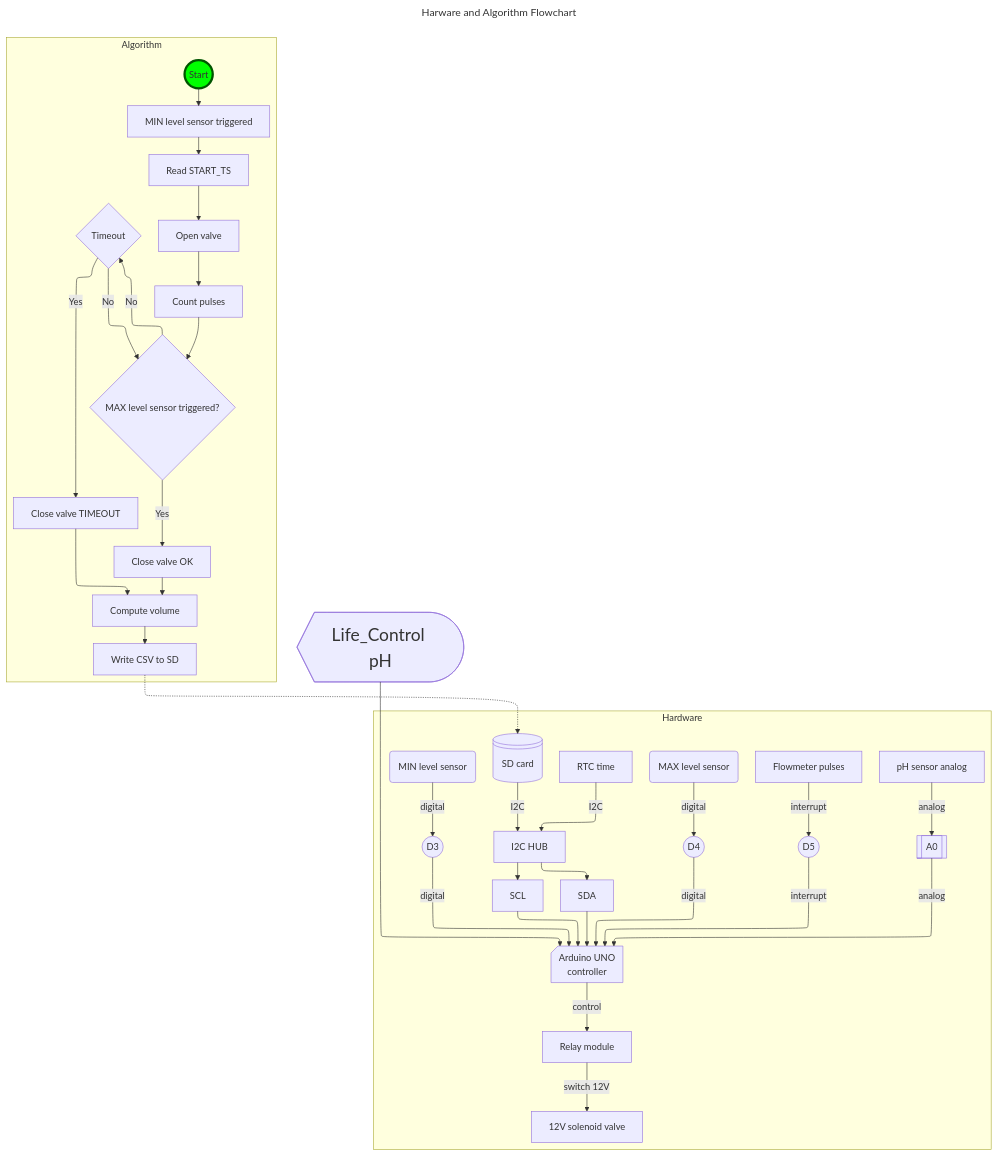
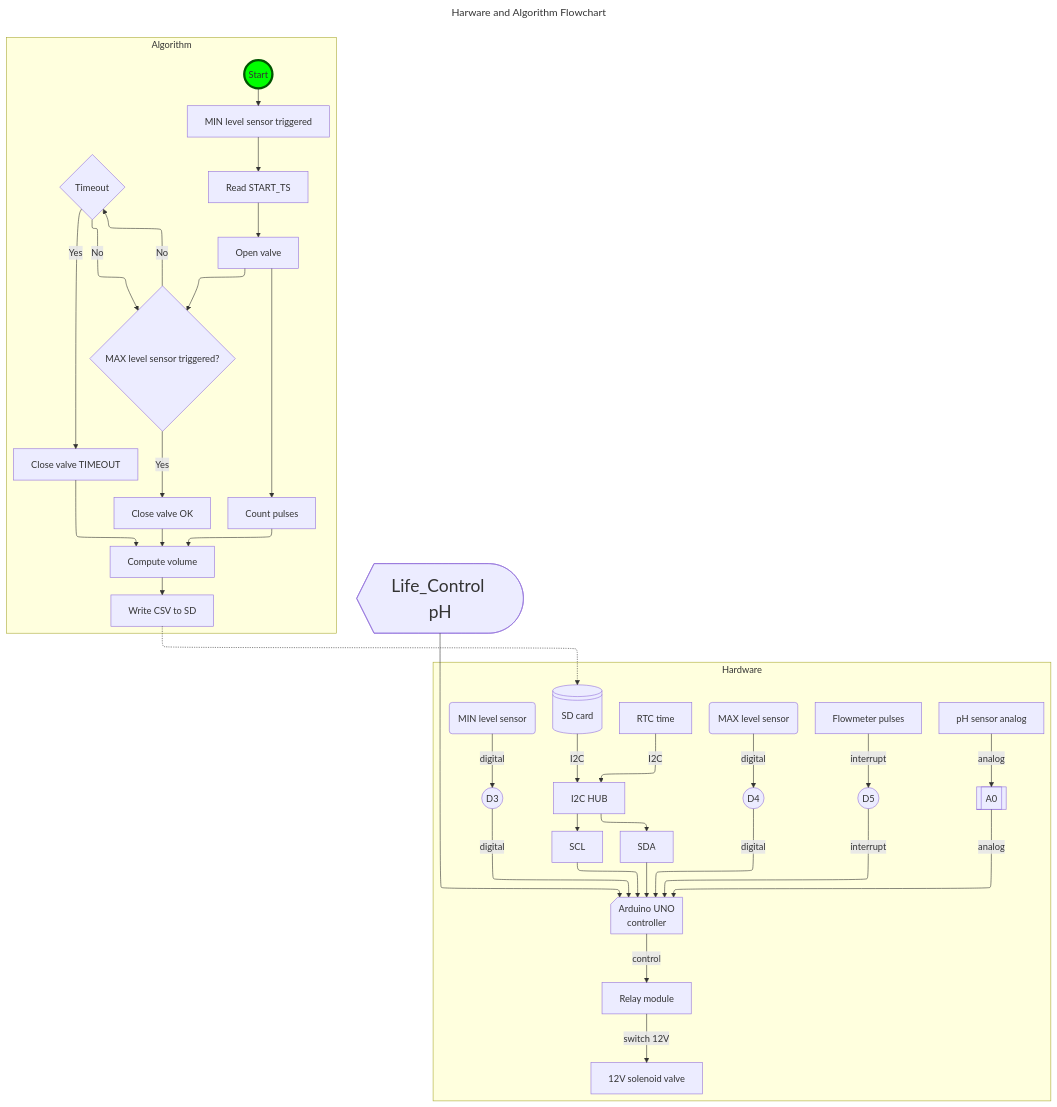
The diagram in Documentation/Coolant_Control_System_v2_ultra.mmd (Mvil34998/Colant-automation), drawn with Mermaid before and after one commit.

```diff
--- a/Documentation/Coolant_Control_System_v2_ultra.mmd
+++ b/Documentation/Coolant_Control_System_v2_ultra.mmd
@@ -1,95 +1,95 @@
 ---
 title: Harware and Algorithm Flowchart
 config:
   layout: elk
   elk:
     mergeEdges: true
     nodePlacementStrategy: LINEAR_SEGMENTS
 ---
 
 flowchart
 %%Analog in
     A0[[A0]]
     %%A1[[A1]]
     %%A2[[A2]]
     %%A3[[A3]]
     %%A4[[A4]]
     %%A5[[A5]]
 %%Digital in
     %%D1((D1))
     %%D2((D2))
     D3((D3))
     D4((D4))
     D5((D5))
     %%D6((D6))
     %%D7((D7))
     %%D8((D8))
     %%D9((D9))
     %%D10((D10))
     %%D11((D11))
     %%D12((D12))
     SDA[SDA]
     SCL[SCL]
 MCU@{shape: card ,label: "Arduino UNO\ncontroller"}
 HWMIN@{shape: event ,label: "MIN level sensor"}
 HWMAX@{shape: event ,label: "MAX level sensor"}
 HWSD@{shape: disk ,label: "SD card"}
 HWFLOW@{shape: ,label: "Flowmeter pulses"}
 HWPH@{shape: ,label: "pH sensor analog"}
 HWRTC@{shape: ,label: "RTC time"}
 I2C@{shape: ,label: "I2C HUB"}
 HWRELAY@{shape: ,label: "Relay module"}
 HWVALVE@{shape: ,label: "12V solenoid valve"}
 subgraph Hardware
         HWMIN -->|digital| D3
         D3-->|digital| MCU
         HWMAX -->|digital| D4
         D4 -->|digital| MCU
         HWFLOW -->|interrupt| D5
         D5 -->|interrupt| MCU
         HWPH -->|analog| A0
         A0 -->|analog| MCU
         HWRTC -->|I2C|I2C
         HWSD -->|I2C| I2C
         
         MCU -->|control| HWRELAY
         HWRELAY -->|switch 12V| HWVALVE
         I2C --> SDA
         I2C --> SCL
         SDA --> MCU
         SCL --> MCU
     end
 
 Strat((Start))
 LG1@{shape: ,label: "MIN level sensor triggered"}
 style Strat fill:#0f0,stroke:#050,stroke-width:4px
 LGQ1@{shape: diam ,label: "MAX level sensor triggered?"}
 LG2@{shape: ,label: "Read START_TS"}
 LG3@{shape: ,label: "Open valve"}
 LG4@{shape: ,label: "Count pulses"}
 LGQ2@{shape: diam ,label: "Timeout"}
 LGX@{shape:  ,label: "Close valve TIMEOUT"}
 LG5@{shape:  ,label: "Close valve OK"}
 LG6@{shape:  ,label: "Compute volume"}
 LG8@{shape:  ,label: "Write CSV to SD"}
 subgraph Algorithm
         Strat --> LG1
         LG1 --> LG2
         LG2 --> LG3
+        LG3 --> LGQ1
         LG3 --> LG4
-        LG4 --> LGQ1
         LGQ1 -- No --> LGQ2
         LGQ2 -- No --> LGQ1 
         LGQ2 -- Yes --> LGX
         LGQ1-- Yes --> LG5
         LG5 --> LG6
         LGX --> LG6
-    
+        LG4 --> LG6
         LG6 --> LG8
         LG8 -..-> HWSD 
 
     end
 classDef big font-size:30px;
 LG7@{shape: curv-trap ,label: "Life_Control pH"}
     class LG7 big;
     LG7 --> MCU
```
